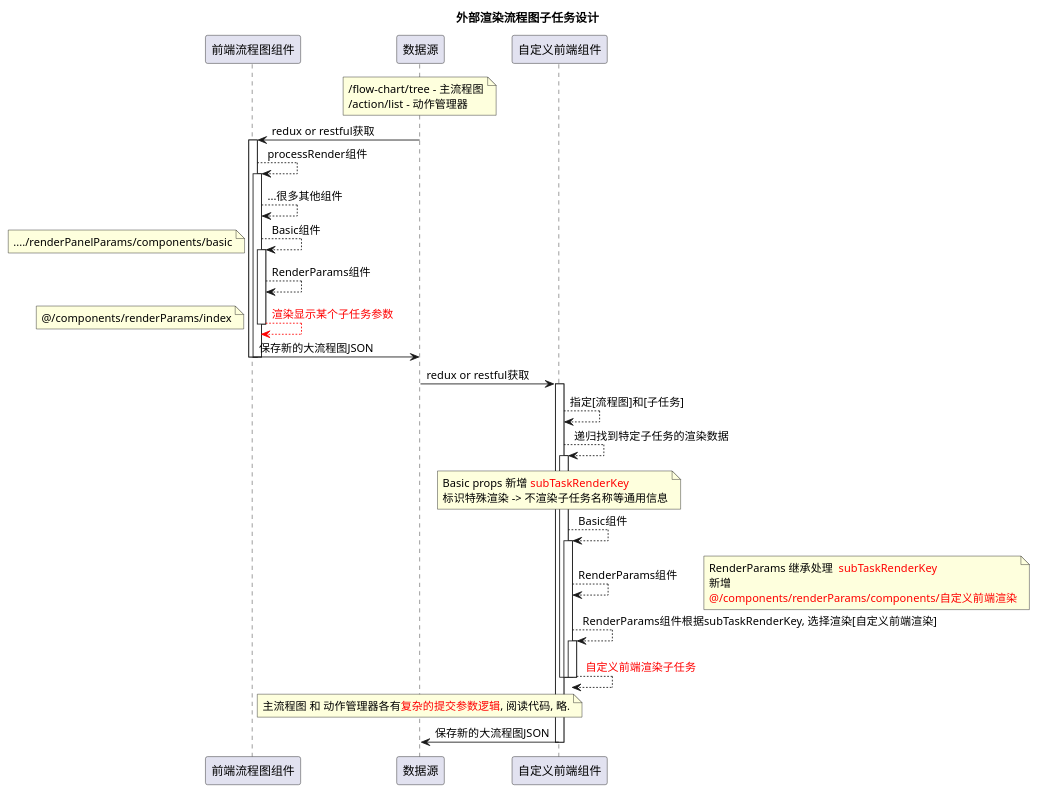
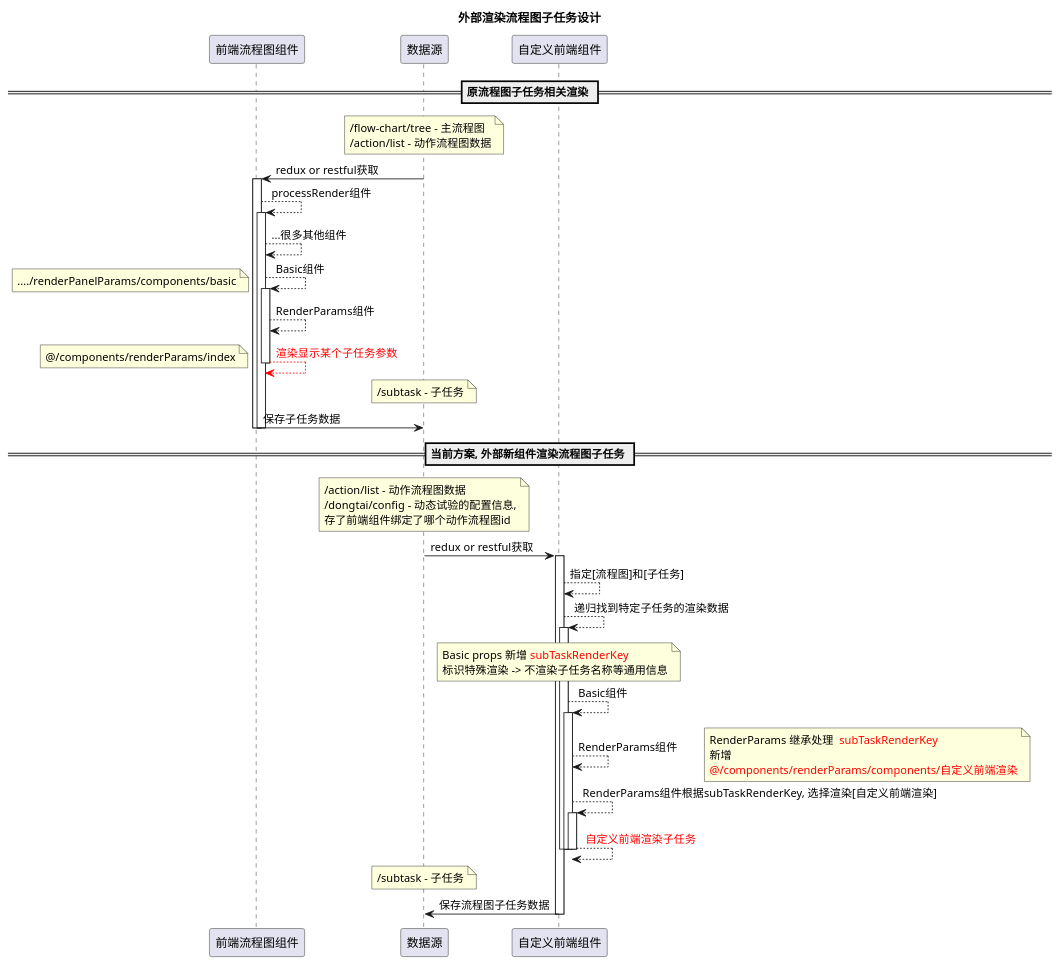
The diagram in 中机-外部渲染流程图子任务设计.wsd (chase-si/umlDesigns), drawn with PlantUML before and after one commit. The commit also changed 1 other file, not shown here.

```diff
--- a/中机-外部渲染流程图子任务设计.wsd
+++ b/中机-外部渲染流程图子任务设计.wsd
@@ -1,55 +1,65 @@
 @startuml
 title 外部渲染流程图子任务设计
 participant 前端流程图组件
 participant 数据源
 participant 自定义前端组件
 
+== 原流程图子任务相关渲染 ==
 note over 数据源
 /flow-chart/tree - 主流程图
-/action/list - 动作管理器
+/action/list - 动作流程图数据
 endnote
 前端流程图组件 <- 数据源: redux or restful获取
 activate 前端流程图组件
     前端流程图组件 --> 前端流程图组件: processRender组件
     activate 前端流程图组件
     前端流程图组件 --> 前端流程图组件: ...很多其他组件
     前端流程图组件 --> 前端流程图组件: Basic组件
     note left: ..../renderPanelParams/components/basic
         activate 前端流程图组件
         前端流程图组件 --> 前端流程图组件: RenderParams组件
         前端流程图组件 -[#red]-> 前端流程图组件: <font color=red>渲染显示某个子任务参数
         note left: @/components/renderParams/index
         deactivate
-    前端流程图组件 -> 数据源: 保存新的大流程图JSON
+    note over 数据源
+    /subtask - 子任务
+    end note
+    前端流程图组件 -> 数据源: 保存子任务数据
     deactivate
 deactivate
 
+== 当前方案, 外部新组件渲染流程图子任务 ==
+note over 数据源
+/action/list - 动作流程图数据
+/dongtai/config - 动态试验的配置信息,
+存了前端组件绑定了哪个动作流程图id
+endnote
 自定义前端组件 <- 数据源: redux or restful获取
 activate 自定义前端组件
     自定义前端组件 --> 自定义前端组件: 指定[流程图]和[子任务]
     自定义前端组件 --> 自定义前端组件: 递归找到特定子任务的渲染数据
     activate 自定义前端组件
         note over 自定义前端组件
         Basic props 新增 <color red>subTaskRenderKey
         标识特殊渲染 -> 不渲染子任务名称等通用信息
         endnote
         自定义前端组件 --> 自定义前端组件: Basic组件
         activate 自定义前端组件
             自定义前端组件 --> 自定义前端组件: RenderParams组件
             note right
             RenderParams 继承处理 <color red> subTaskRenderKey
             新增
             <color red>@/components/renderParams/components/自定义前端渲染
             endnote
             自定义前端组件 --> 自定义前端组件: RenderParams组件根据subTaskRenderKey, 选择渲染[自定义前端渲染]
             activate 自定义前端组件
                 自定义前端组件 --> 自定义前端组件: <font color=red> 自定义前端渲染子任务
             deactivate
         deactivate
     deactivate
     note over 数据源
-    主流程图 和 动作管理器各有<color red>复杂的提交参数逻辑</color>, 阅读代码, 略.
-    endnote
-    自定义前端组件 -> 数据源: 保存新的大流程图JSON
+    /subtask - 子任务
+    end note
+    自定义前端组件 -> 数据源: 保存流程图子任务数据
 deactivate
 @enduml
```
